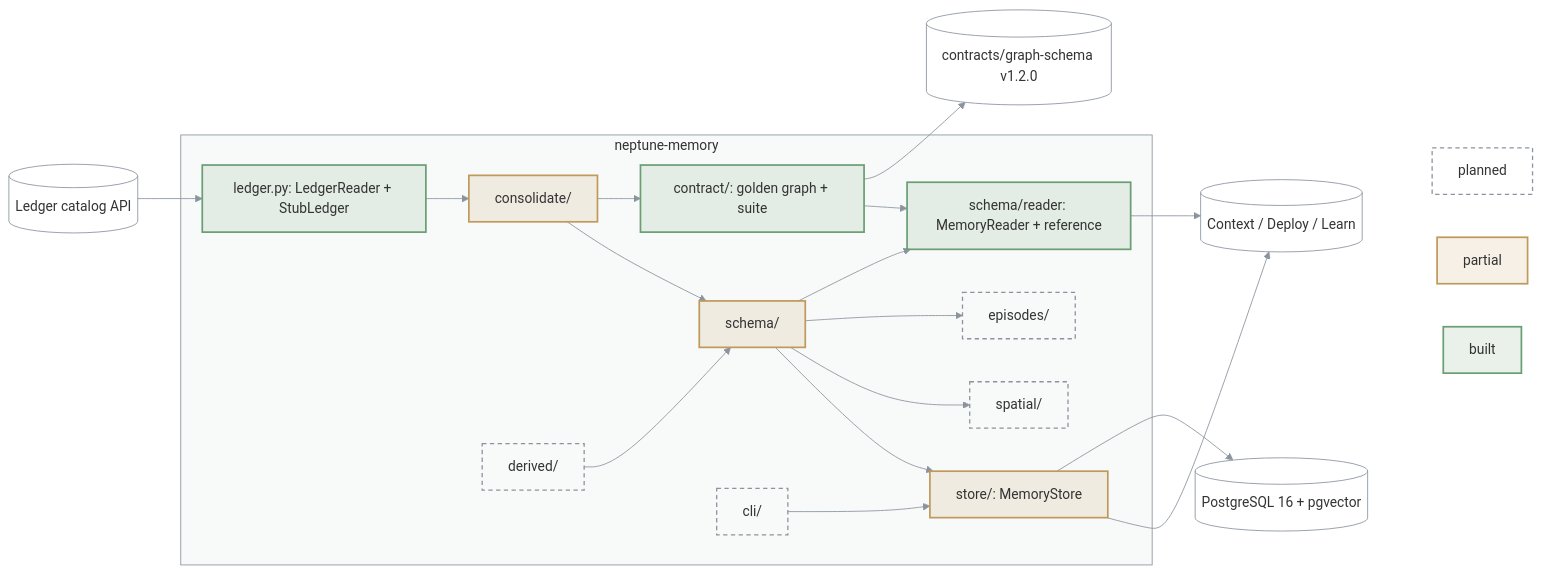
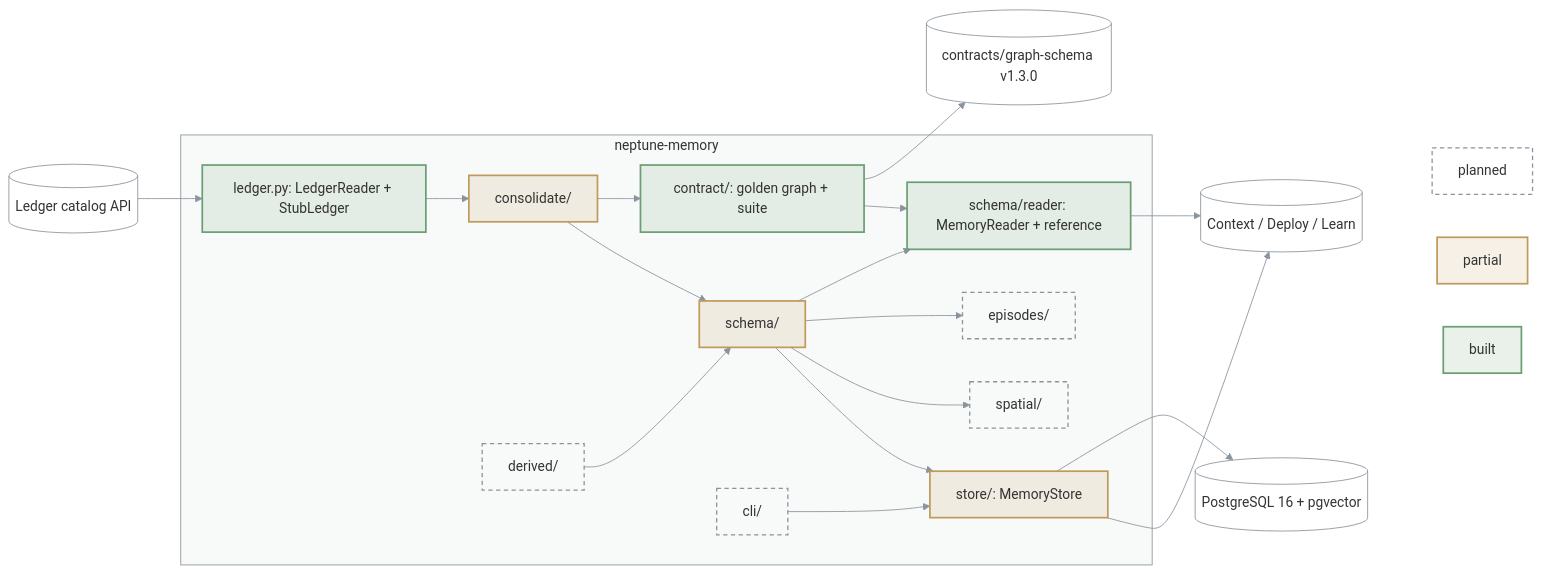
The diagram in packages/neptune-memory/ARCHITECTURE.md (bennytay/neptune), drawn with Mermaid before and after one commit. The commit also changed 21 other files, not shown here.

First line of the commit message:
fix(memory): publish the run vocabulary as graph-schema 1.3.0 (vocabulary 5)

````diff
--- a/packages/neptune-memory/ARCHITECTURE.md
+++ b/packages/neptune-memory/ARCHITECTURE.md
@@ -3,48 +3,48 @@
 ```mermaid
 flowchart LR
   LED[("Ledger catalog API")]
   PG[("PostgreSQL 16 + pgvector")]
   subgraph M["neptune-memory"]
     SEAM["ledger.py: LedgerReader + StubLedger"]
     CON["consolidate/"]
     DER["derived/"]
     SCH["schema/"]
     RD["schema/reader: MemoryReader + reference"]
     CT["contract/: golden graph + suite"]
     STO["store/: MemoryStore"]
     SPA["spatial/"]
     EPI["episodes/"]
     CLI["cli/"]
   end
   OUT[("Context / Deploy / Learn")]
   LED --> SEAM --> CON --> SCH --> STO
   DER --> SCH
   SCH --> SPA & EPI
   SCH --> RD --> OUT
   CON --> CT --> RD
-  CT --> REG[("contracts/graph-schema v1.2.0")]
+  CT --> REG[("contracts/graph-schema v1.3.0")]
   STO --> OUT
   CLI --> STO
   STO --> PG
 
   subgraph KEY[" "]
     K1["built"]
     K2["partial"]
     K3["planned"]
   end
   OUT ~~~ K1 & K2 & K3
 
   classDef built fill:#6a9f7426,stroke:#6a9f74,stroke-width:2px
   classDef partial fill:#c09a5b26,stroke:#c09a5b,stroke-width:2px
   classDef todo fill:none,stroke:#8b949e,stroke-width:1.5px,stroke-dasharray:5 4
   classDef ext fill:none,stroke:#8b949e,stroke-width:1px
   class K1 built
   class K2 partial
   class DER,SPA,EPI,CLI,K3 todo
   class CON,SCH,STO partial
   class SEAM,RD,CT built
   class LED,OUT,PG,REG ext
   style M fill:#8b949e0f,stroke:#8b949e
   style KEY fill:none,stroke:none
   linkStyle default stroke:#8b949e
 ```
````
